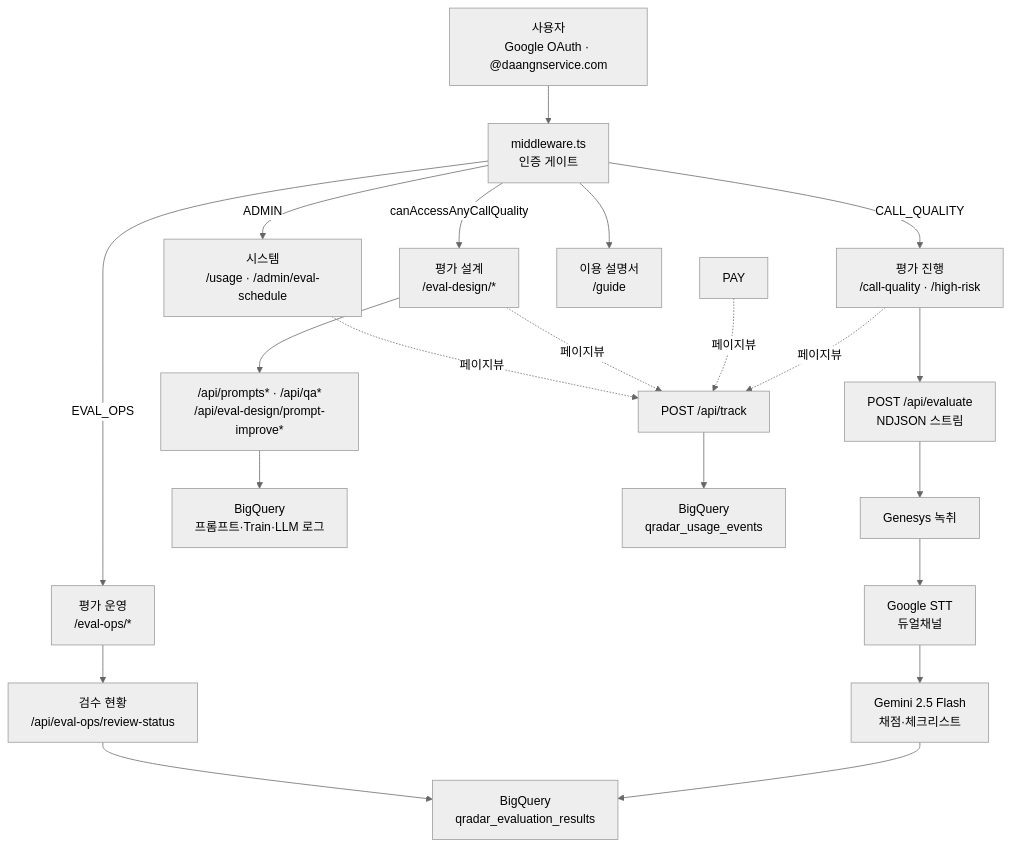
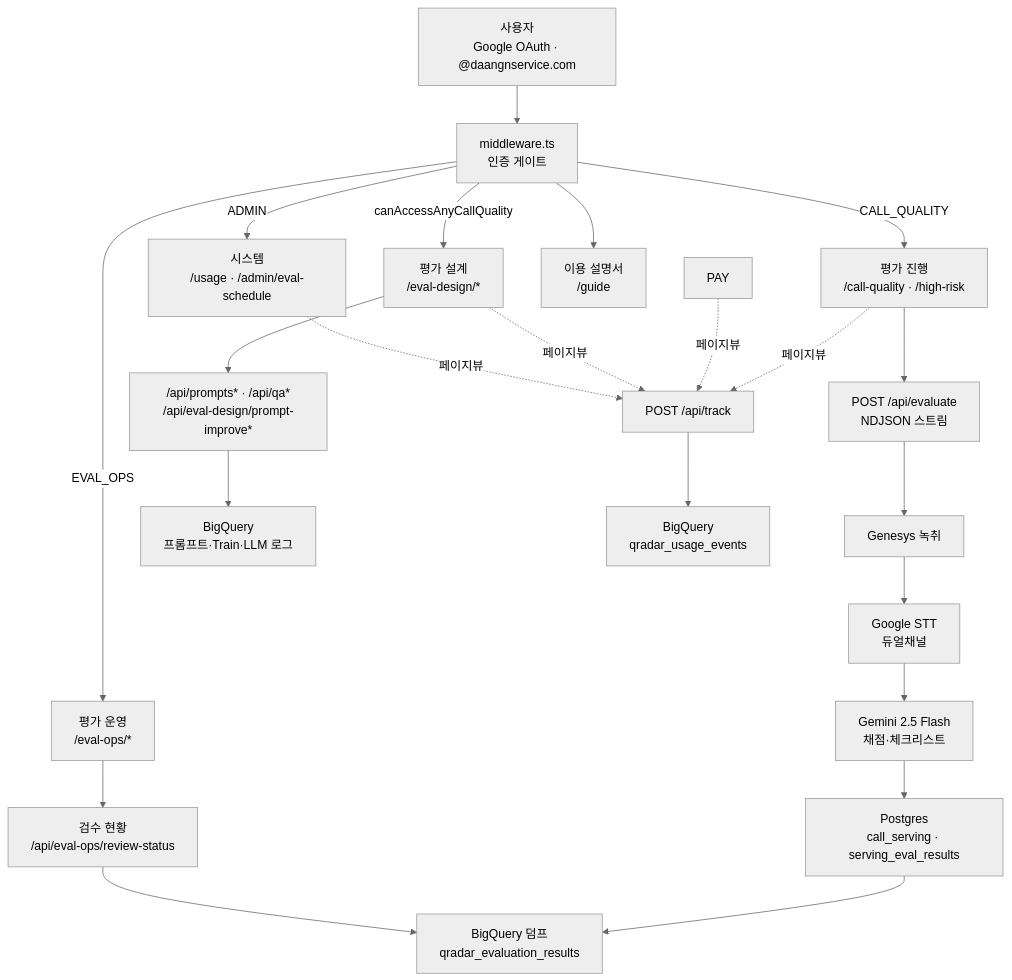
Before and after one commit to daangnservice-com/qms_qradar: the diagram in docs/helpdesk-x_서비스구조.md, drawn with Mermaid (neutral theme). The commit also changed other lines of this file and 294 other files, not shown here.

````diff
--- a/docs/helpdesk-x_서비스구조.md
+++ b/docs/helpdesk-x_서비스구조.md
@@ -14,30 +15,31 @@
 ```mermaid
 flowchart TD
     U["사용자<br>Google OAuth · @daangnservice.com"]
     MW["middleware.ts<br>인증 게이트"]
     U --> MW
 
     MW -->|CALL_QUALITY| CQ["평가 진행<br>/call-quality · /high-risk"]
     MW -->|EVAL_OPS| EO["평가 운영<br>/eval-ops/*"]
     MW -->|canAccessAnyCallQuality| ED["평가 설계<br>/eval-design/*"]
     MW -->|ADMIN| SYS["시스템<br>/usage · /admin/eval-schedule"]
     MW --> GD["이용 설명서<br>/guide"]
 
     CQ --> EV["POST /api/evaluate<br>NDJSON 스트림"]
     EV --> G["Genesys 녹취"]
     G --> STT["Google STT<br>듀얼채널"]
     STT --> GEM["Gemini 2.5 Flash<br>채점·체크리스트"]
-    GEM --> BQR["BigQuery<br>qradar_evaluation_results"]
+    GEM --> PG["Postgres<br>call_serving · serving_eval_results"]
+    PG --> BQR["BigQuery 덤프<br>qradar_evaluation_results"]
 
     EO --> RS["검수 현황<br>/api/eval-ops/review-status"]
     RS --> BQR
 
     ED --> PR["/api/prompts* · /api/qa*<br>/api/eval-design/prompt-improve*"]
     PR --> BQP["BigQuery<br>프롬프트·Train·LLM 로그"]
 
     CQ -.페이지뷰.-> TR["POST /api/track"]
     PAY -.페이지뷰.-> TR
     ED -.페이지뷰.-> TR
     SYS -.페이지뷰.-> TR
     TR --> BQU["BigQuery<br>qradar_usage_events"]
 ```
````
